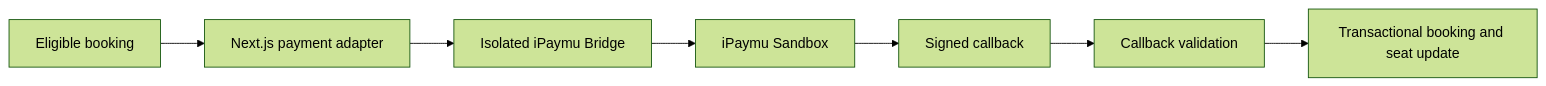
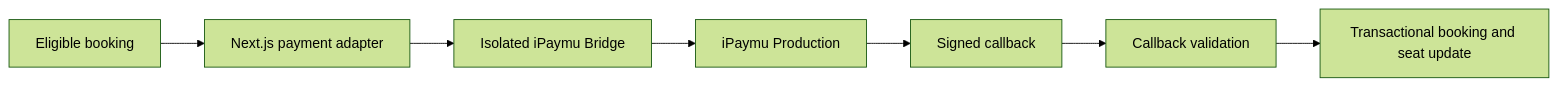
One commit to loctate/giligo-fast-boat-booking changed the second of 3 diagrams in README.md. Above: the diagram before and after it, drawn with Mermaid (forest theme). The commit also changed other lines of this file, not shown here.

Commit message:
docs: refresh README for Cloudflare production architecture

````diff
--- a/README.md
+++ b/README.md
@@ -107,11 +109,11 @@
 ```mermaid
 flowchart LR
     A[Eligible booking]
     --> B[Next.js payment adapter]
     --> C[Isolated iPaymu Bridge]
-    --> D[iPaymu Sandbox]
+    --> D[iPaymu Production]
 
     D --> E[Signed callback]
     --> F[Callback validation]
     --> G[Transactional booking and seat update]
 ```
````
